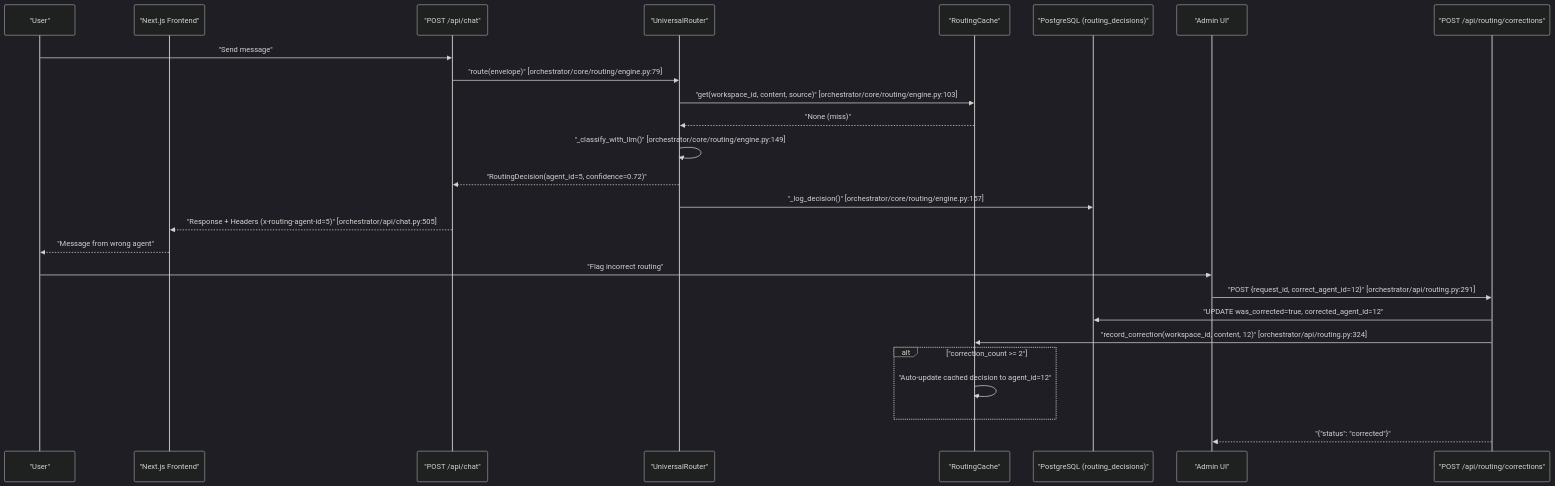
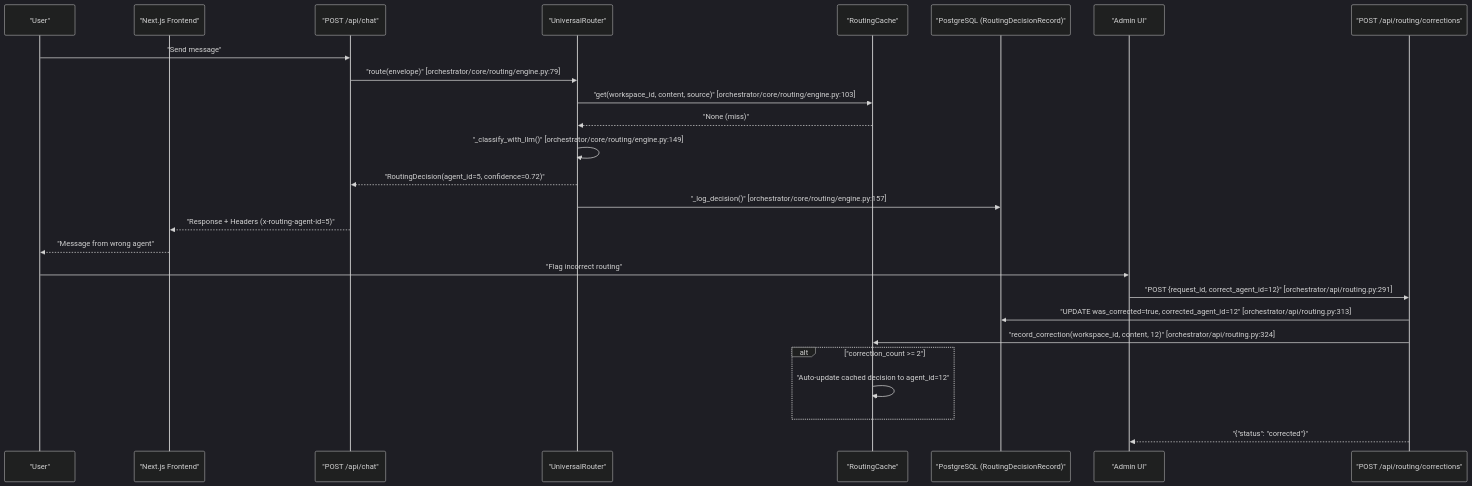
Before and after one commit to AutomatosAI/automatos-ai: the first of 2 diagrams in docs/universal-router/routing-corrections-learning.md, drawn with Mermaid (dark theme). The commit also changed other lines of this file and 153 other files, not shown here.

````diff
--- a/docs/universal-router/routing-corrections-learning.md
+++ b/docs/universal-router/routing-corrections-learning.md
@@ -73,33 +52,33 @@
 ```mermaid
 sequenceDiagram
     participant User as "User"
     participant Frontend as "Next.js Frontend"
     participant ChatAPI as "POST /api/chat"
     participant Router as "UniversalRouter"
     participant Cache as "RoutingCache"
-    participant DB as "PostgreSQL (routing_decisions)"
+    participant DB as "PostgreSQL (RoutingDecisionRecord)"
     participant AdminUI as "Admin UI"
     participant CorrectionAPI as "POST /api/routing/corrections"
 
     User->>ChatAPI: "Send message"
     ChatAPI->>Router: "route(envelope)" [orchestrator/core/routing/engine.py:79]
     Router->>Cache: "get(workspace_id, content, source)" [orchestrator/core/routing/engine.py:103]
     Cache-->>Router: "None (miss)"
     Router->>Router: "_classify_with_llm()" [orchestrator/core/routing/engine.py:149]
     Router-->>ChatAPI: "RoutingDecision(agent_id=5, confidence=0.72)"
     Router->>DB: "_log_decision()" [orchestrator/core/routing/engine.py:157]
     
-    ChatAPI-->>Frontend: "Response + Headers (x-routing-agent-id=5)" [orchestrator/api/chat.py:505]
+    ChatAPI-->>Frontend: "Response + Headers (x-routing-agent-id=5)"
     Frontend-->>User: "Message from wrong agent"
     
     User->>AdminUI: "Flag incorrect routing"
     AdminUI->>CorrectionAPI: "POST {request_id, correct_agent_id=12}" [orchestrator/api/routing.py:291]
-    CorrectionAPI->>DB: "UPDATE was_corrected=true, corrected_agent_id=12"
+    CorrectionAPI->>DB: "UPDATE was_corrected=true, corrected_agent_id=12" [orchestrator/api/routing.py:313]
     CorrectionAPI->>Cache: "record_correction(workspace_id, content, 12)" [orchestrator/api/routing.py:324]
     
     alt "correction_count >= 2"
         Cache->>Cache: "Auto-update cached decision to agent_id=12"
     end
     
     CorrectionAPI-->>AdminUI: "{"status": "corrected"}"
 ```
````
